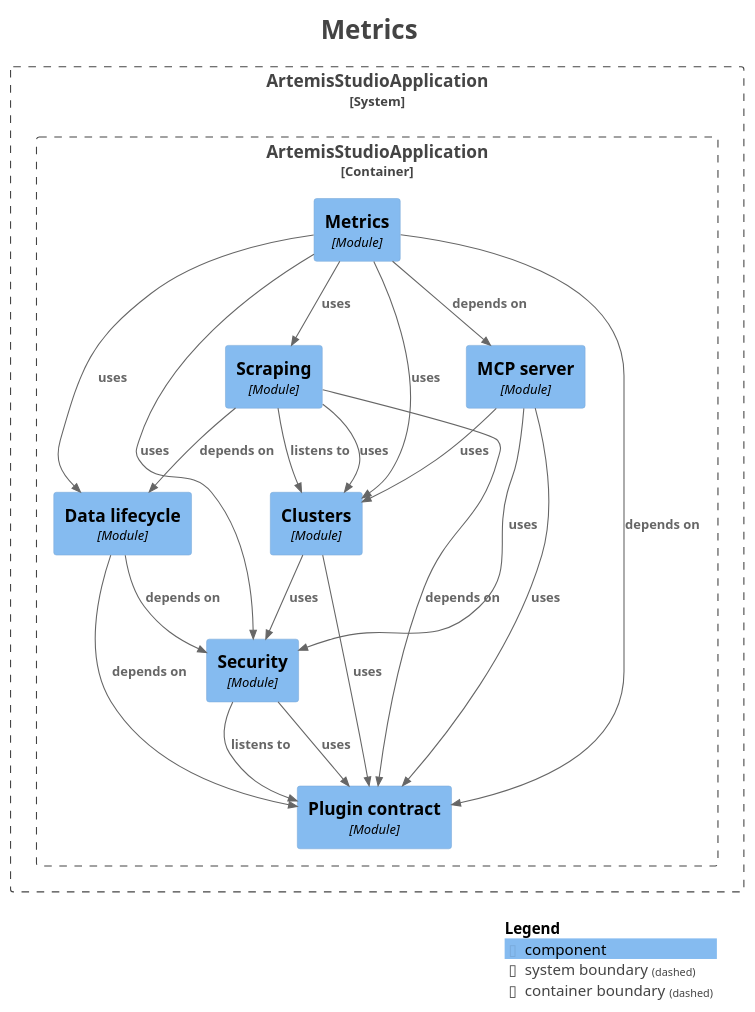
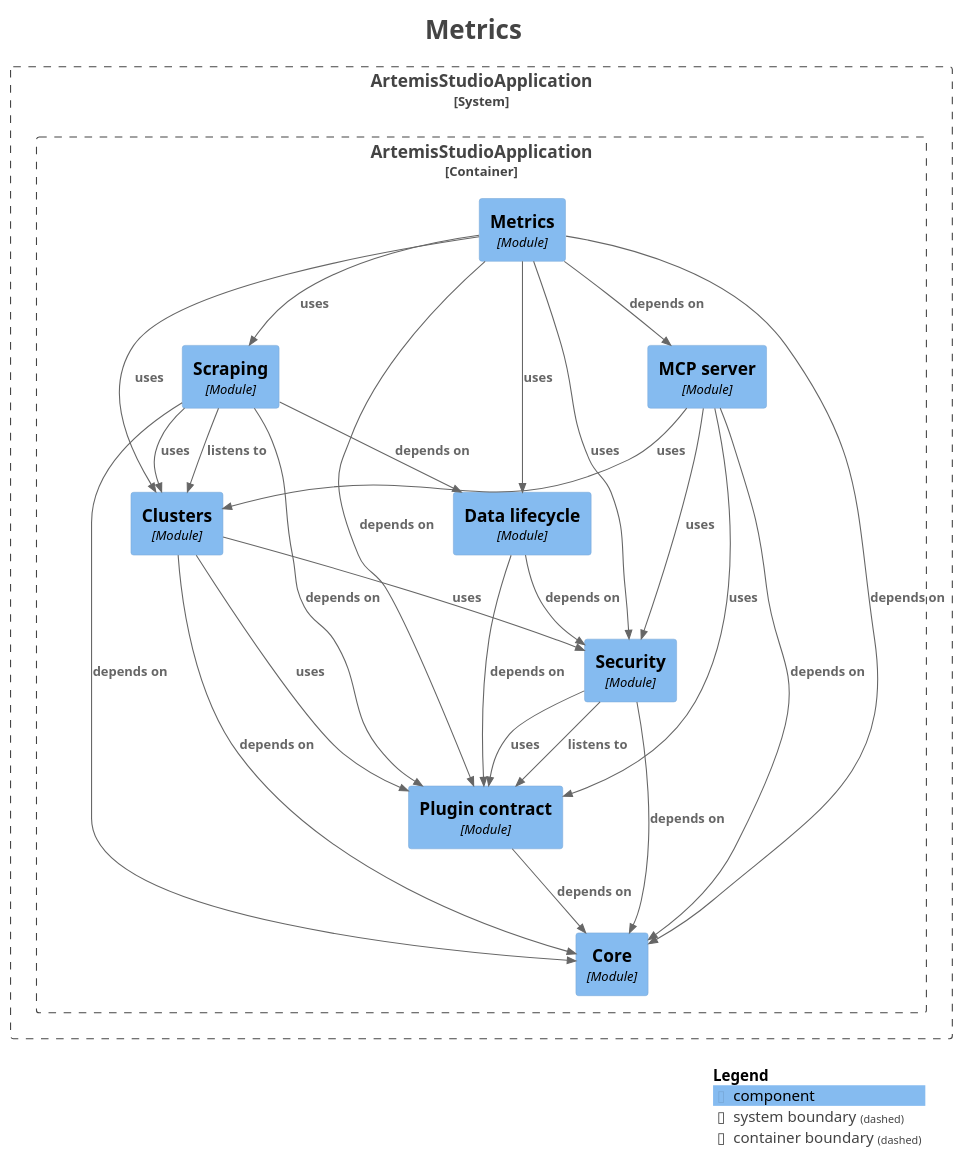
One commit to sudoitir/artemis-studio changed the diagram in docs/modules/module-feature.metrics.puml. Above: the diagram before and after it, drawn with PlantUML. The commit also changed 85 other files, not shown here.

```diff
--- a/docs/modules/module-feature.metrics.puml
+++ b/docs/modules/module-feature.metrics.puml
@@ -1,53 +1,60 @@
 @startuml
 title <size:24>Metrics</size>
 
 set separator none
 top to bottom direction
 
 <style>
   root {
     BackgroundColor: #ffffff
     FontColor: #444444
   }
 </style>
 
 !include <C4/C4>
 !include <C4/C4_Context>
 !include <C4/C4_Component>
 
 System_Boundary("ArtemisStudioApplication_boundary", "ArtemisStudioApplication", $tags="") {
   Container_Boundary("ArtemisStudioApplication.ArtemisStudioApplication_boundary", "ArtemisStudioApplication", $tags="") {
     Component(ArtemisStudioApplication.ArtemisStudioApplication.Datalifecycle, "Data lifecycle", $techn="Module", $descr="", $tags="", $link="")
     Component(ArtemisStudioApplication.ArtemisStudioApplication.Clusters, "Clusters", $techn="Module", $descr="", $tags="", $link="")
     Component(ArtemisStudioApplication.ArtemisStudioApplication.MCPserver, "MCP server", $techn="Module", $descr="", $tags="", $link="")
     Component(ArtemisStudioApplication.ArtemisStudioApplication.Scraping, "Scraping", $techn="Module", $descr="", $tags="", $link="")
     Component(ArtemisStudioApplication.ArtemisStudioApplication.Metrics, "Metrics", $techn="Module", $descr="", $tags="", $link="")
+    Component(ArtemisStudioApplication.ArtemisStudioApplication.Core, "Core", $techn="Module", $descr="", $tags="", $link="")
     Component(ArtemisStudioApplication.ArtemisStudioApplication.Plugincontract, "Plugin contract", $techn="Module", $descr="", $tags="", $link="")
     Component(ArtemisStudioApplication.ArtemisStudioApplication.Security, "Security", $techn="Module", $descr="", $tags="", $link="")
   }
 
 }
 
+Rel(ArtemisStudioApplication.ArtemisStudioApplication.Clusters, ArtemisStudioApplication.ArtemisStudioApplication.Core, "depends on", $techn="", $tags="", $link="")
 Rel(ArtemisStudioApplication.ArtemisStudioApplication.Clusters, ArtemisStudioApplication.ArtemisStudioApplication.Plugincontract, "uses", $techn="", $tags="", $link="")
 Rel(ArtemisStudioApplication.ArtemisStudioApplication.Clusters, ArtemisStudioApplication.ArtemisStudioApplication.Security, "uses", $techn="", $tags="", $link="")
 Rel(ArtemisStudioApplication.ArtemisStudioApplication.Datalifecycle, ArtemisStudioApplication.ArtemisStudioApplication.Plugincontract, "depends on", $techn="", $tags="", $link="")
 Rel(ArtemisStudioApplication.ArtemisStudioApplication.Datalifecycle, ArtemisStudioApplication.ArtemisStudioApplication.Security, "depends on", $techn="", $tags="", $link="")
 Rel(ArtemisStudioApplication.ArtemisStudioApplication.MCPserver, ArtemisStudioApplication.ArtemisStudioApplication.Clusters, "uses", $techn="", $tags="", $link="")
+Rel(ArtemisStudioApplication.ArtemisStudioApplication.MCPserver, ArtemisStudioApplication.ArtemisStudioApplication.Core, "depends on", $techn="", $tags="", $link="")
 Rel(ArtemisStudioApplication.ArtemisStudioApplication.MCPserver, ArtemisStudioApplication.ArtemisStudioApplication.Plugincontract, "uses", $techn="", $tags="", $link="")
 Rel(ArtemisStudioApplication.ArtemisStudioApplication.MCPserver, ArtemisStudioApplication.ArtemisStudioApplication.Security, "uses", $techn="", $tags="", $link="")
 Rel(ArtemisStudioApplication.ArtemisStudioApplication.Metrics, ArtemisStudioApplication.ArtemisStudioApplication.Clusters, "uses", $techn="", $tags="", $link="")
+Rel(ArtemisStudioApplication.ArtemisStudioApplication.Metrics, ArtemisStudioApplication.ArtemisStudioApplication.Core, "depends on", $techn="", $tags="", $link="")
 Rel(ArtemisStudioApplication.ArtemisStudioApplication.Metrics, ArtemisStudioApplication.ArtemisStudioApplication.Datalifecycle, "uses", $techn="", $tags="", $link="")
 Rel(ArtemisStudioApplication.ArtemisStudioApplication.Metrics, ArtemisStudioApplication.ArtemisStudioApplication.MCPserver, "depends on", $techn="", $tags="", $link="")
 Rel(ArtemisStudioApplication.ArtemisStudioApplication.Metrics, ArtemisStudioApplication.ArtemisStudioApplication.Plugincontract, "depends on", $techn="", $tags="", $link="")
 Rel(ArtemisStudioApplication.ArtemisStudioApplication.Metrics, ArtemisStudioApplication.ArtemisStudioApplication.Scraping, "uses", $techn="", $tags="", $link="")
 Rel(ArtemisStudioApplication.ArtemisStudioApplication.Metrics, ArtemisStudioApplication.ArtemisStudioApplication.Security, "uses", $techn="", $tags="", $link="")
+Rel(ArtemisStudioApplication.ArtemisStudioApplication.Plugincontract, ArtemisStudioApplication.ArtemisStudioApplication.Core, "depends on", $techn="", $tags="", $link="")
 Rel(ArtemisStudioApplication.ArtemisStudioApplication.Scraping, ArtemisStudioApplication.ArtemisStudioApplication.Clusters, "listens to", $techn="", $tags="", $link="")
 Rel(ArtemisStudioApplication.ArtemisStudioApplication.Scraping, ArtemisStudioApplication.ArtemisStudioApplication.Clusters, "uses", $techn="", $tags="", $link="")
+Rel(ArtemisStudioApplication.ArtemisStudioApplication.Scraping, ArtemisStudioApplication.ArtemisStudioApplication.Core, "depends on", $techn="", $tags="", $link="")
 Rel(ArtemisStudioApplication.ArtemisStudioApplication.Scraping, ArtemisStudioApplication.ArtemisStudioApplication.Datalifecycle, "depends on", $techn="", $tags="", $link="")
 Rel(ArtemisStudioApplication.ArtemisStudioApplication.Scraping, ArtemisStudioApplication.ArtemisStudioApplication.Plugincontract, "depends on", $techn="", $tags="", $link="")
+Rel(ArtemisStudioApplication.ArtemisStudioApplication.Security, ArtemisStudioApplication.ArtemisStudioApplication.Core, "depends on", $techn="", $tags="", $link="")
 Rel(ArtemisStudioApplication.ArtemisStudioApplication.Security, ArtemisStudioApplication.ArtemisStudioApplication.Plugincontract, "listens to", $techn="", $tags="", $link="")
 Rel(ArtemisStudioApplication.ArtemisStudioApplication.Security, ArtemisStudioApplication.ArtemisStudioApplication.Plugincontract, "uses", $techn="", $tags="", $link="")
 
 SHOW_LEGEND(true)
 hide stereotypes
 @enduml
```
